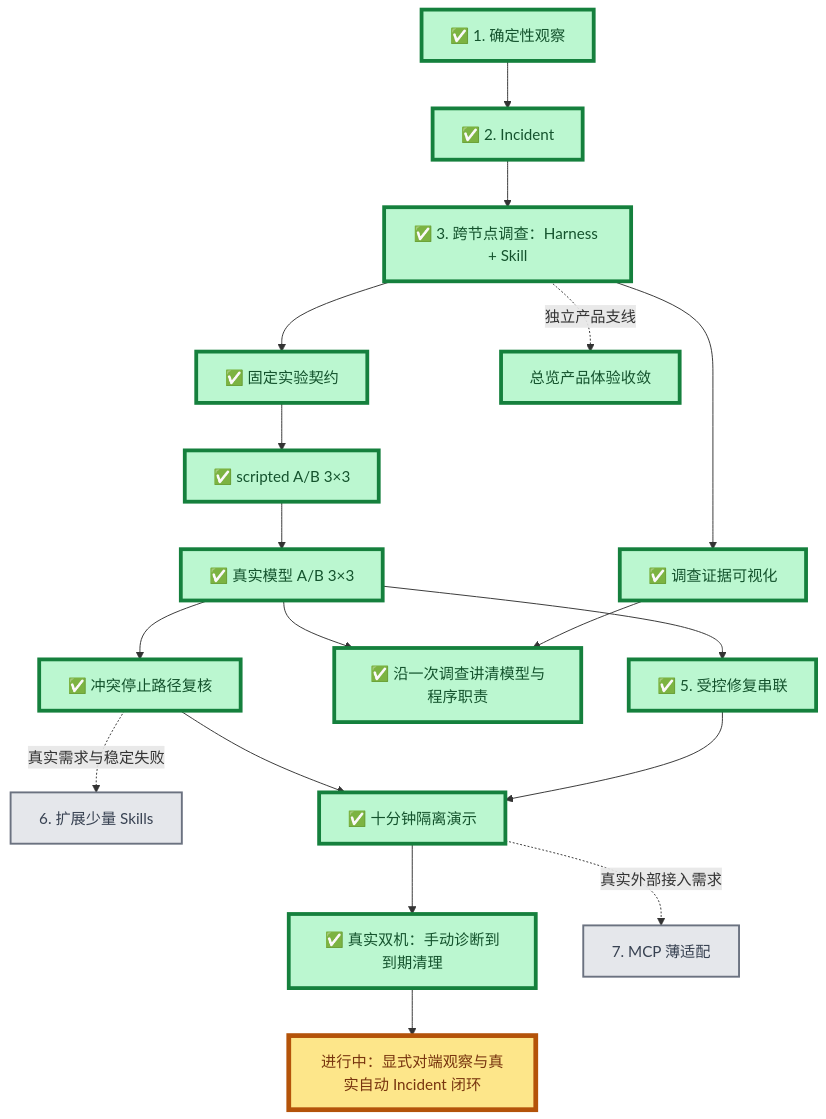
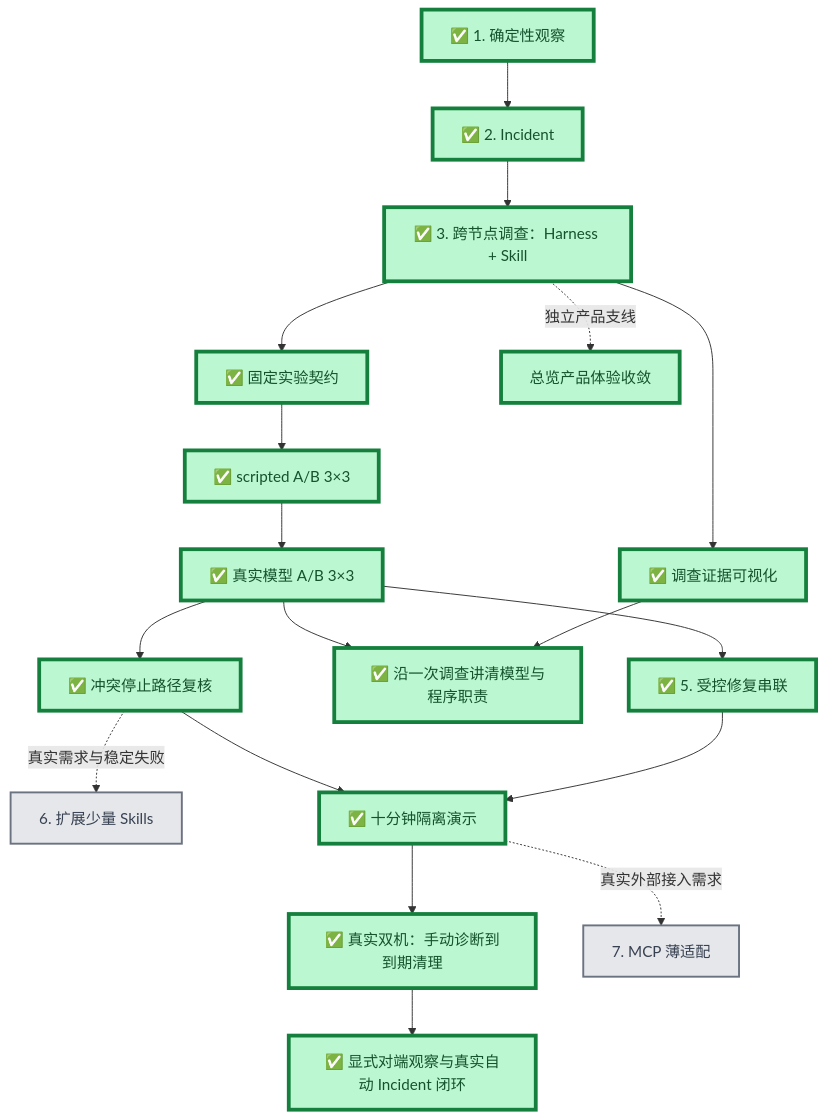
The first of 2 diagrams in docs/project/roadmap.md (Sugarfarmeriod/TunnelMinion), drawn with Mermaid before and after one commit. The commit also changed other lines of this file and 2 other files, not shown here.

````diff
--- a/docs/project/roadmap.md
+++ b/docs/project/roadmap.md
@@ -8,33 +8,33 @@
 ```mermaid
 flowchart TB
     A["✅ 1. 确定性观察"] --> B["✅ 2. Incident"]
     B --> C["✅ 3. 跨节点调查：Harness + Skill"]
 
     C --> D1["✅ 固定实验契约"]
     D1 --> D2["✅ scripted A/B 3×3"]
     D2 --> D3["✅ 真实模型 A/B 3×3"]
 
     D3 --> E["✅ 5. 受控修复串联"]
     C --> V["✅ 调查证据可视化"]
     V --> W["✅ 沿一次调查讲清模型与程序职责"]
     D3 --> W
     D3 --> F["✅ 冲突停止路径复核"]
     F -.真实需求与稳定失败.-> K["6. 扩展少量 Skills"]
     E --> H["✅ 十分钟隔离演示"]
     F --> H
     H --> R["✅ 真实双机：手动诊断到到期清理"]
-    R --> I["进行中：显式对端观察与真实自动 Incident 闭环"]
+    R --> I["✅ 显式对端观察与真实自动 Incident 闭环"]
     H -.真实外部接入需求.-> G["7. MCP 薄适配"]
 
     C -.独立产品支线.-> U["总览产品体验收敛"]
 
     classDef done fill:#bbf7d0,stroke:#15803d,stroke-width:4px,color:#14532d;
     classDef current fill:#fde68a,stroke:#b45309,stroke-width:5px,color:#78350f;
     classDef next fill:#bfdbfe,stroke:#1d4ed8,stroke-width:3px,color:#1e3a8a;
     classDef later fill:#e5e7eb,stroke:#6b7280,stroke-width:2px,color:#374151;
     class A,B,C,D1,D2,D3,E,F,H,R,V done;
     class U done;
     class W done;
-    class I current;
+    class I done;
     class G,K later;
 ```
````
